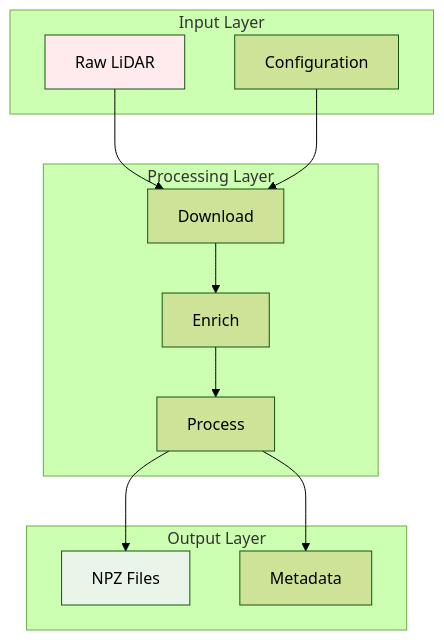
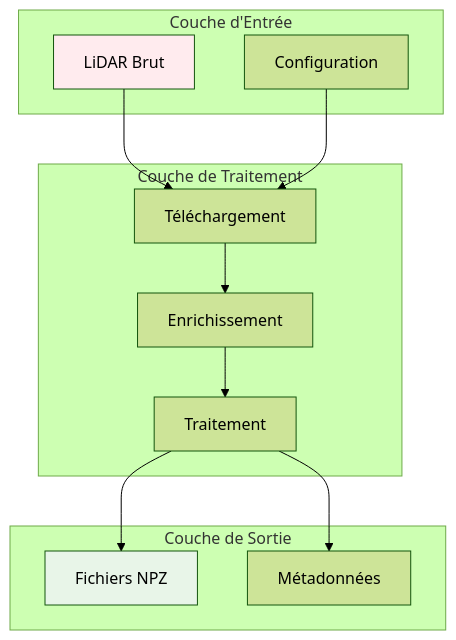
Before and after one commit to sducournau/IGN_LIDAR_HD_DATASET: the second of 12 diagrams in website/i18n/fr/docusaurus-plugin-content-docs/current/mermaid-reference.md, drawn with Mermaid (forest theme). The commit also changed other lines of this file and 17 other files, not shown here.

````diff
--- a/website/i18n/fr/docusaurus-plugin-content-docs/current/mermaid-reference.md
+++ b/website/i18n/fr/docusaurus-plugin-content-docs/current/mermaid-reference.md
@@ -29,28 +29,28 @@
 ```mermaid
 graph TB
-    subgraph "Input Layer"
-        I1[Raw LiDAR]
+    subgraph "Couche d'Entrée"
+        I1[LiDAR Brut]
         I2[Configuration]
     end
 
-    subgraph "Processing Layer"
-        P1[Download]
-        P2[Enrich]
-        P3[Process]
+    subgraph "Couche de Traitement"
+        P1[Téléchargement]
+        P2[Enrichissement]
+        P3[Traitement]
     end
 
-    subgraph "Output Layer"
-        O1[NPZ Files]
-        O2[Metadata]
+    subgraph "Couche de Sortie"
+        O1[Fichiers NPZ]
+        O2[Métadonnées]
     end
 
     I1 --> P1
     I2 --> P1
     P1 --> P2
     P2 --> P3
     P3 --> O1
     P3 --> O2
 
     style I1 fill:#ffebee
     style O1 fill:#e8f5e8
 ```
````
